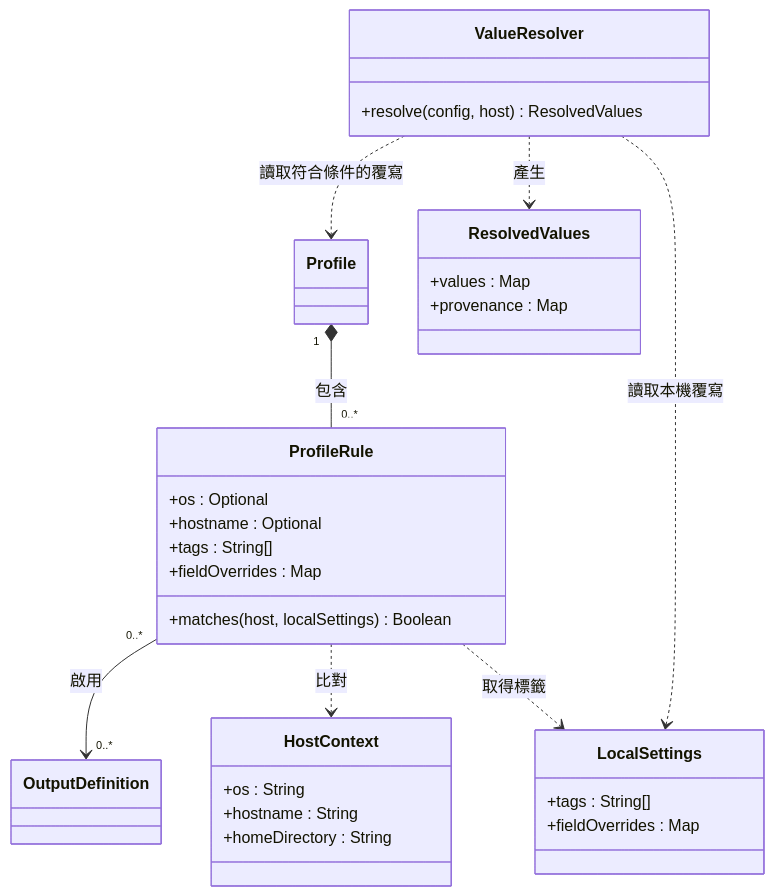
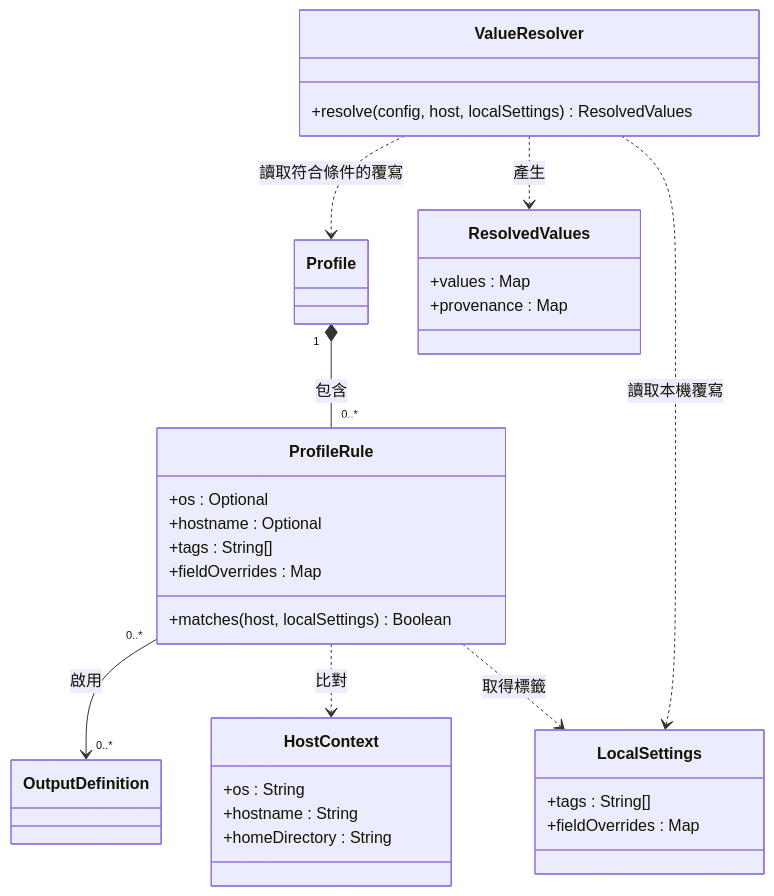
The second of 10 diagrams in docs/03-preliminary-design/uml.md (accidental-two-timer-sam-woof/rosamta-waterfall), drawn with Mermaid before and after one commit. The commit also changed other lines of this file, not shown here.

Commit message:
docs: fix UML consistency with SRS

````diff
--- a/docs/03-preliminary-design/uml.md
+++ b/docs/03-preliminary-design/uml.md
@@ -63,36 +50,36 @@
 ```mermaid
 classDiagram
     direction TB
     class Profile
     class ProfileRule {
         +os : Optional
         +hostname : Optional
         +tags : String[]
         +fieldOverrides : Map
         +matches(host, localSettings) Boolean
     }
     class HostContext {
         +os : String
         +hostname : String
         +homeDirectory : String
     }
     class LocalSettings {
         +tags : String[]
         +fieldOverrides : Map
     }
     class ValueResolver {
-        +resolve(config, host) ResolvedValues
+        +resolve(config, host, localSettings) ResolvedValues
     }
     class ResolvedValues {
         +values : Map
         +provenance : Map
     }
     class OutputDefinition
     Profile "1" *-- "0..*" ProfileRule : 包含
     ProfileRule "0..*" --> "0..*" OutputDefinition : 啟用
     ProfileRule ..> HostContext : 比對
     ProfileRule ..> LocalSettings : 取得標籤
     ValueResolver ..> Profile : 讀取符合條件的覆寫
     ValueResolver ..> LocalSettings : 讀取本機覆寫
     ValueResolver ..> ResolvedValues : 產生
 ```
````
